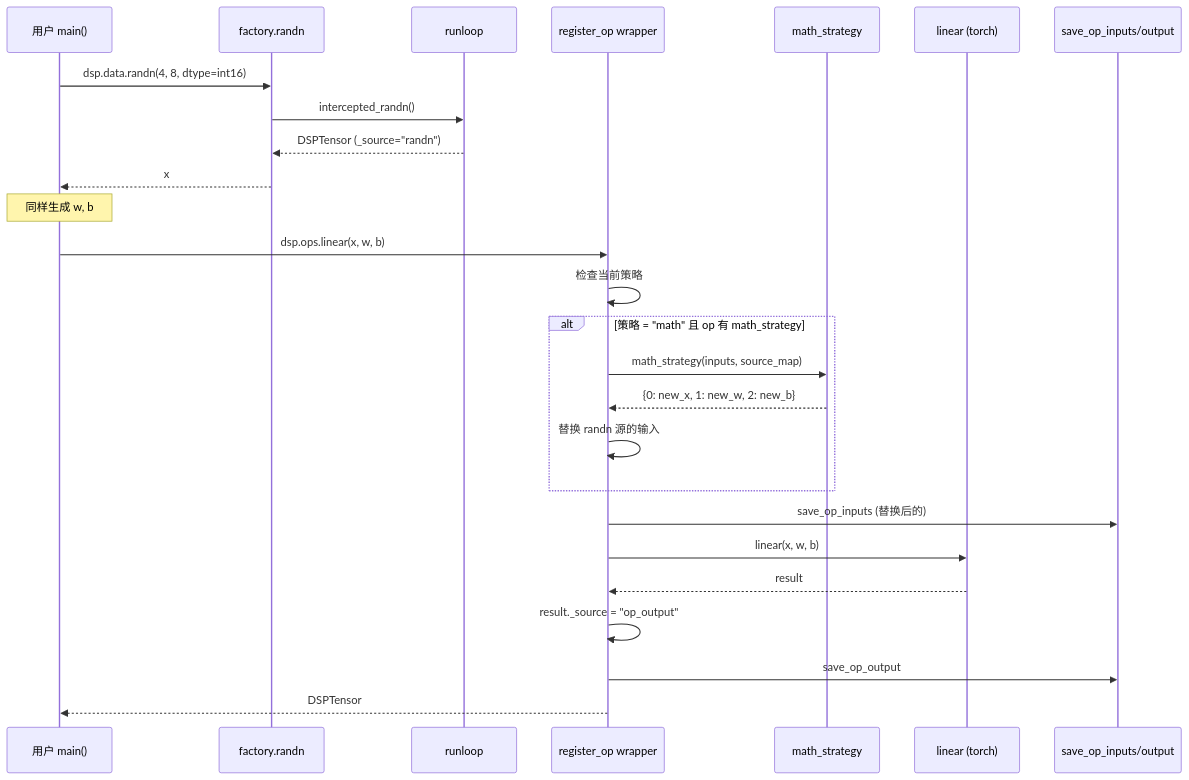
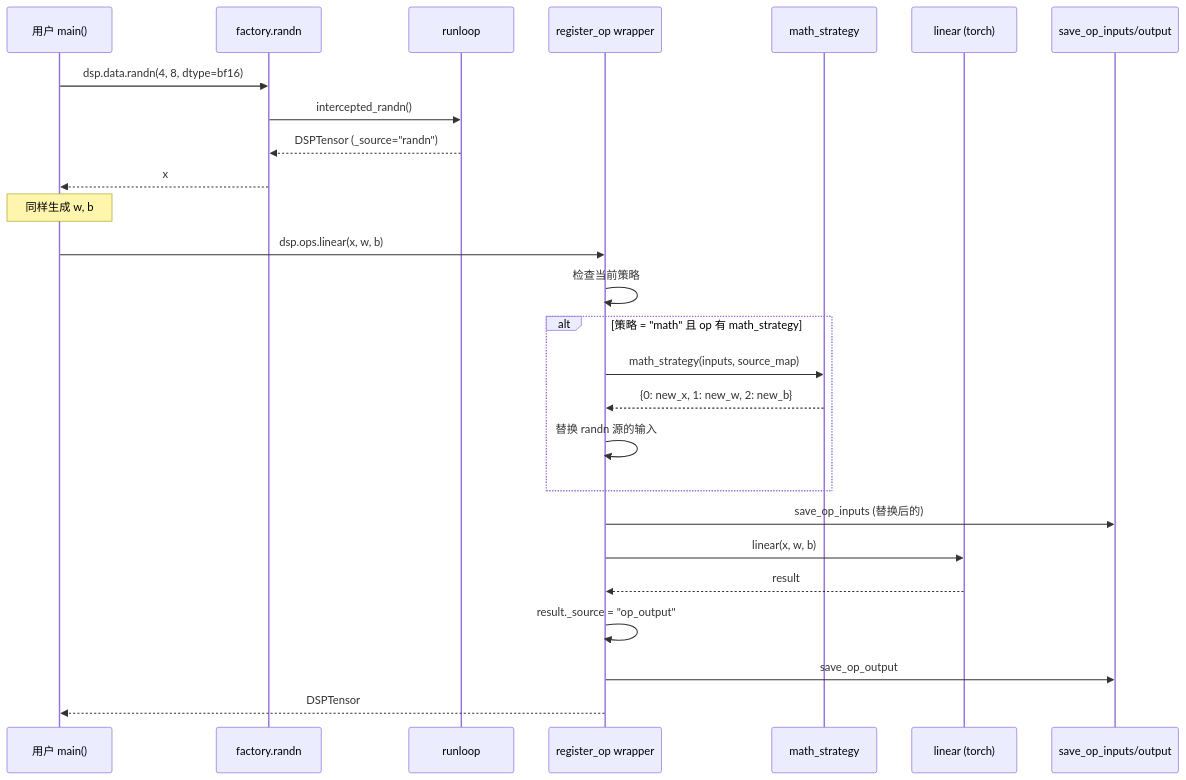
The third of 10 diagrams in projects/dsp-core/docs/architecture.md (xshii/aihelper), drawn with Mermaid before and after one commit. The commit also changed other lines of this file and 94 other files, not shown here.

````diff
--- a/projects/dsp-core/docs/architecture.md
+++ b/projects/dsp-core/docs/architecture.md
@@ -85,31 +88,31 @@
 ```mermaid
 sequenceDiagram
     participant U as 用户 main()
     participant F as factory.randn
     participant RL as runloop
     participant W as register_op wrapper
     participant MS as math_strategy
     participant OP as linear (torch)
     participant IO as save_op_inputs/output
 
-    U->>F: dsp.data.randn(4, 8, dtype=int16)
+    U->>F: dsp.data.randn(4, 8, dtype=bf16)
     F->>RL: intercepted_randn()
     RL-->>F: DSPTensor (_source="randn")
     F-->>U: x
 
     Note over U: 同样生成 w, b
 
     U->>W: dsp.ops.linear(x, w, b)
     W->>W: 检查当前策略
     alt 策略 = "math" 且 op 有 math_strategy
         W->>MS: math_strategy(inputs, source_map)
         MS-->>W: {0: new_x, 1: new_w, 2: new_b}
         W->>W: 替换 randn 源的输入
     end
     W->>IO: save_op_inputs (替换后的)
     W->>OP: linear(x, w, b)
     OP-->>W: result
     W->>W: result._source = "op_output"
     W->>IO: save_op_output
     W-->>U: DSPTensor
 ```
````
